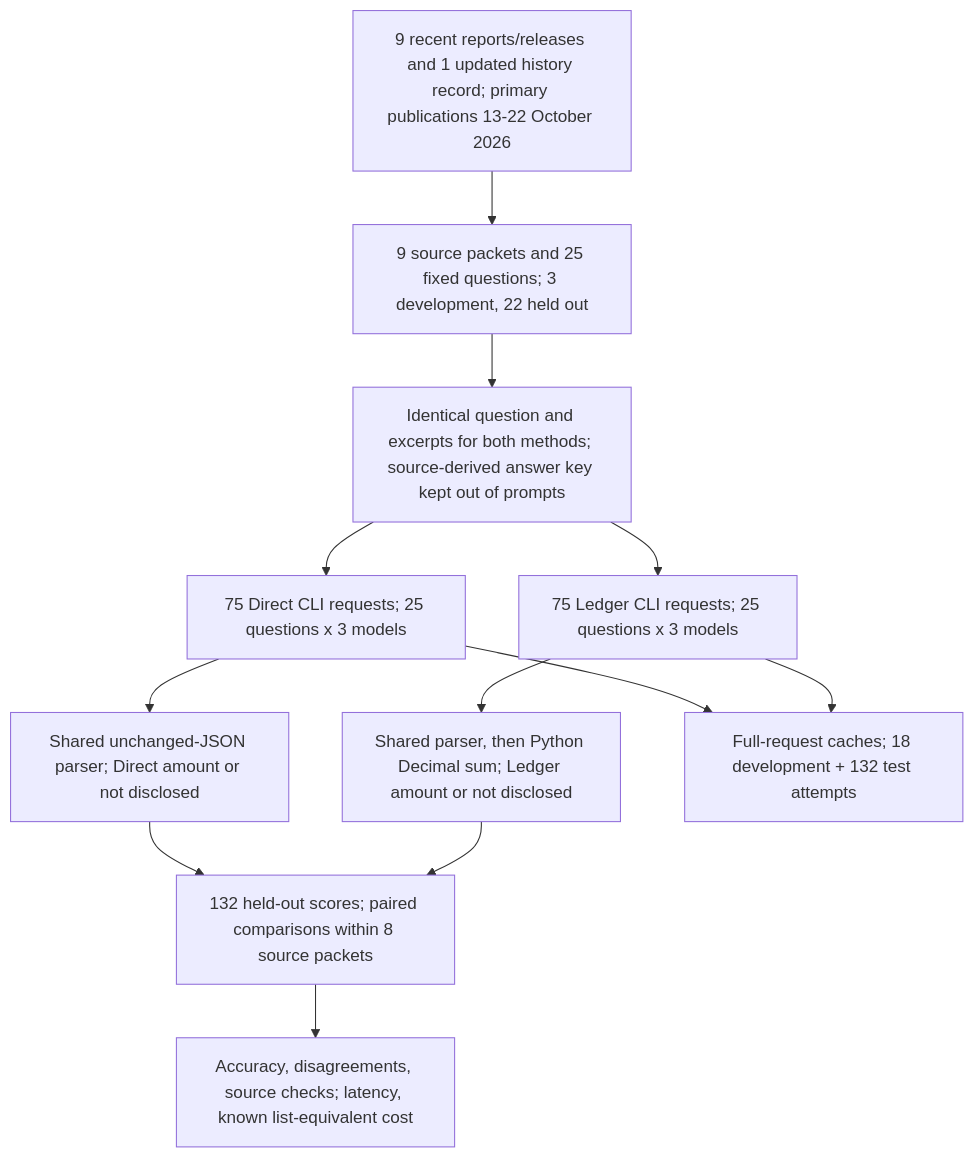
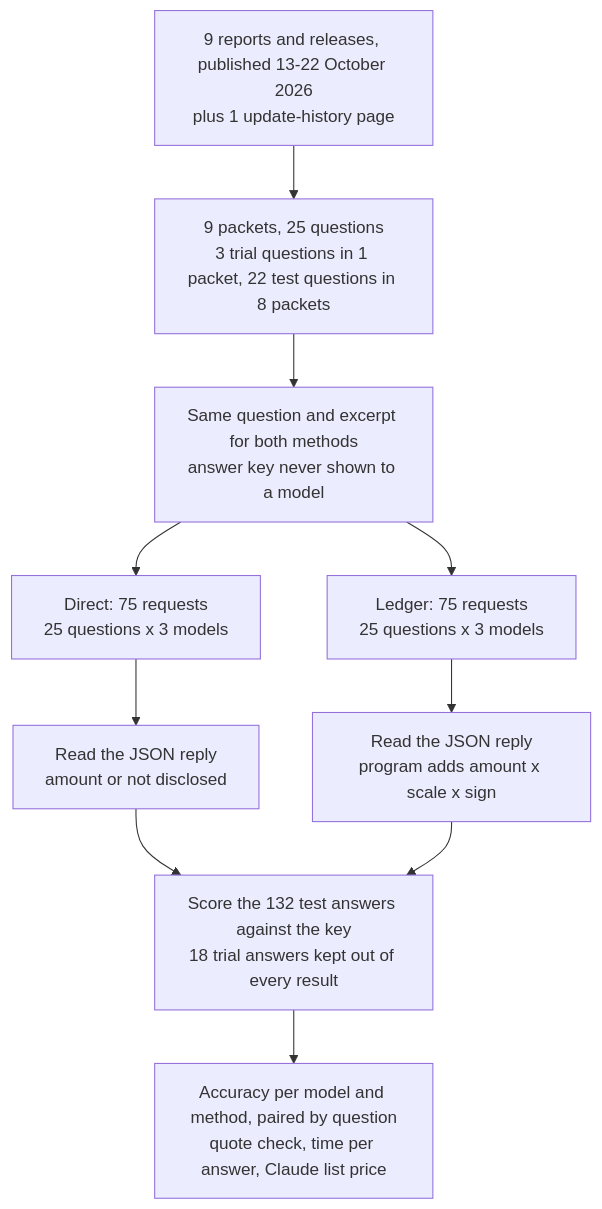
Before and after one commit to k-sandhu/experiment-notebooks: the first of 2 diagrams in econ/22-fiscal-implementation/README.md, drawn with Mermaid. The commit also changed other lines of this file and 2 other files, not shown here.

````diff
--- a/econ/22-fiscal-implementation/README.md
+++ b/econ/22-fiscal-implementation/README.md
@@ -45,14 +118,12 @@
 ```mermaid
 flowchart TD
-    A["9 recent reports/releases and 1 updated history record; primary publications 13-22 October 2026"] --> B["9 source packets and 25 fixed questions; 3 development, 22 held out"]
-    B --> C["Identical question and excerpts for both methods; source-derived answer key kept out of prompts"]
-    C --> D["75 Direct CLI requests; 25 questions x 3 models"]
-    C --> E["75 Ledger CLI requests; 25 questions x 3 models"]
-    D --> F["Shared unchanged-JSON parser; Direct amount or not disclosed"]
-    E --> G["Shared parser, then Python Decimal sum; Ledger amount or not disclosed"]
-    F --> H["132 held-out scores; paired comparisons within 8 source packets"]
+    A["9 reports and releases, published 13-22 October 2026<br/>plus 1 update-history page"] --> B["9 packets, 25 questions<br/>3 trial questions in 1 packet, 22 test questions in 8 packets"]
+    B --> C["Same question and excerpt for both methods<br/>answer key never shown to a model"]
+    C --> D["Direct: 75 requests<br/>25 questions x 3 models"]
+    C --> E["Ledger: 75 requests<br/>25 questions x 3 models"]
+    D --> F["Read the JSON reply<br/>amount or not disclosed"]
+    E --> G["Read the JSON reply<br/>program adds amount x scale x sign"]
+    F --> H["Score the 132 test answers against the key<br/>18 trial answers kept out of every result"]
     G --> H
-    D --> I["Full-request caches; 18 development + 132 test attempts"]
-    E --> I
-    H --> J["Accuracy, disagreements, source checks; latency, known list-equivalent cost"]
+    H --> I["Accuracy per model and method, paired by question<br/>quote check, time per answer, Claude list price"]
 ```
````
